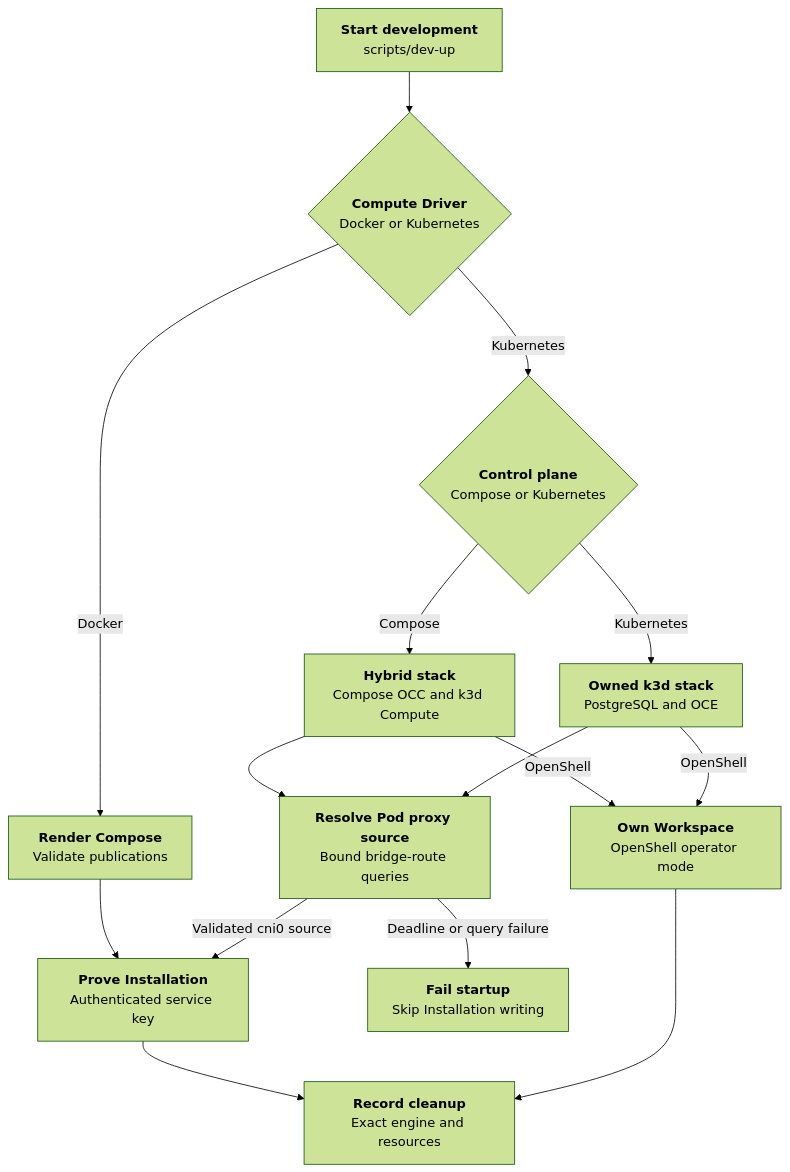
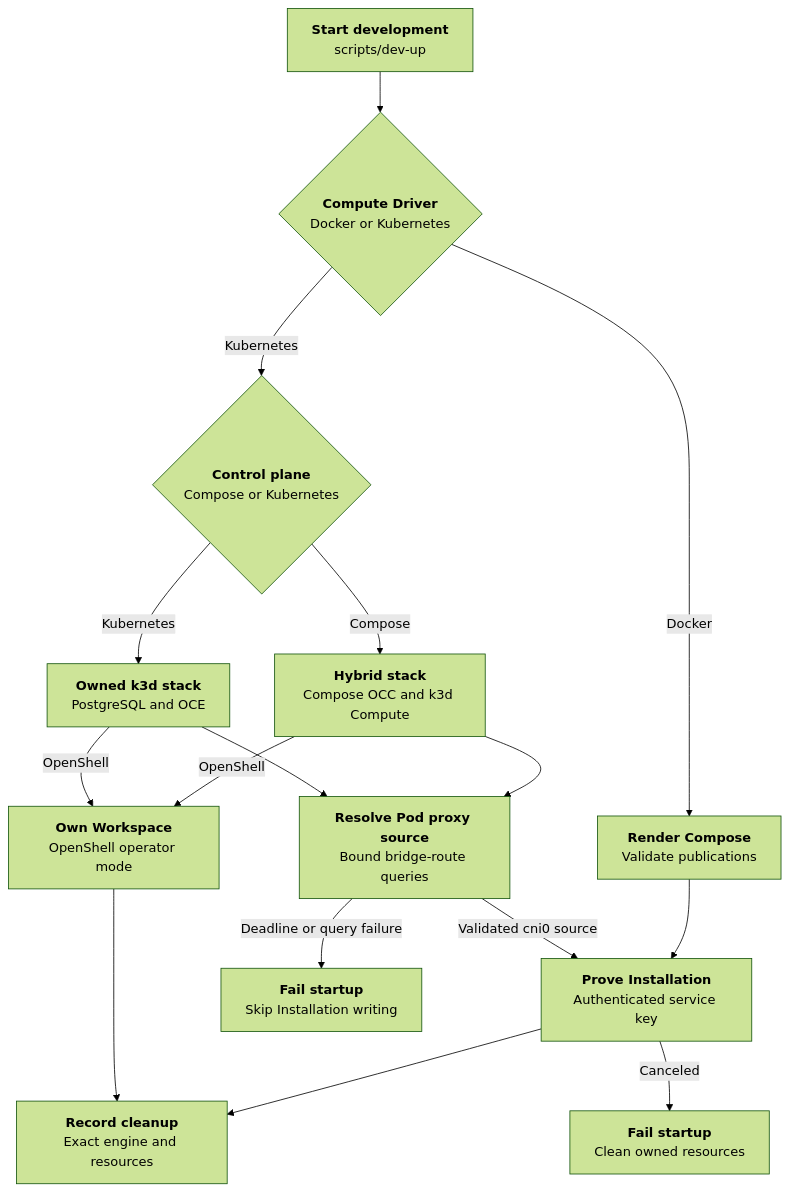
Before and after one commit to derekwaynecarr/openclaw-enterprise: the diagram in docs/flows/docker-compose-development/startup.md, drawn with Mermaid (forest theme). The commit also changed other lines of this file and 3 other files, not shown here.

````diff
--- a/docs/flows/docker-compose-development/startup.md
+++ b/docs/flows/docker-compose-development/startup.md
@@ -31,17 +31,18 @@
 ```mermaid
 graph TD
   A["<b>Start development</b><br/>scripts/dev-up"] --> B{"<b>Compute Driver</b><br/>Docker or Kubernetes"}
   B -- "Docker" --> C["<b>Render Compose</b><br/>Validate publications"]
   B -- "Kubernetes" --> D{"<b>Control plane</b><br/>Compose or Kubernetes"}
   D -- "Kubernetes" --> E["<b>Owned k3d stack</b><br/>PostgreSQL and OCE"]
   D -- "Compose" --> F["<b>Hybrid stack</b><br/>Compose OCC and k3d Compute"]
   C --> G["<b>Prove Installation</b><br/>Authenticated service key"]
   F --> R["<b>Resolve Pod proxy source</b><br/>Bound bridge-route queries"]
   E --> R
   R -- "Validated cni0 source" --> G
   R -- "Deadline or query failure" --> X["<b>Fail startup</b><br/>Skip Installation writing"]
   F -- "OpenShell" --> H["<b>Own Workspace</b><br/>OpenShell operator mode"]
   E -- "OpenShell" --> H
   G --> I["<b>Record cleanup</b><br/>Exact engine and resources"]
+  G -- "Canceled" --> J["<b>Fail startup</b><br/>Clean owned resources"]
   H --> I
 ```
````
